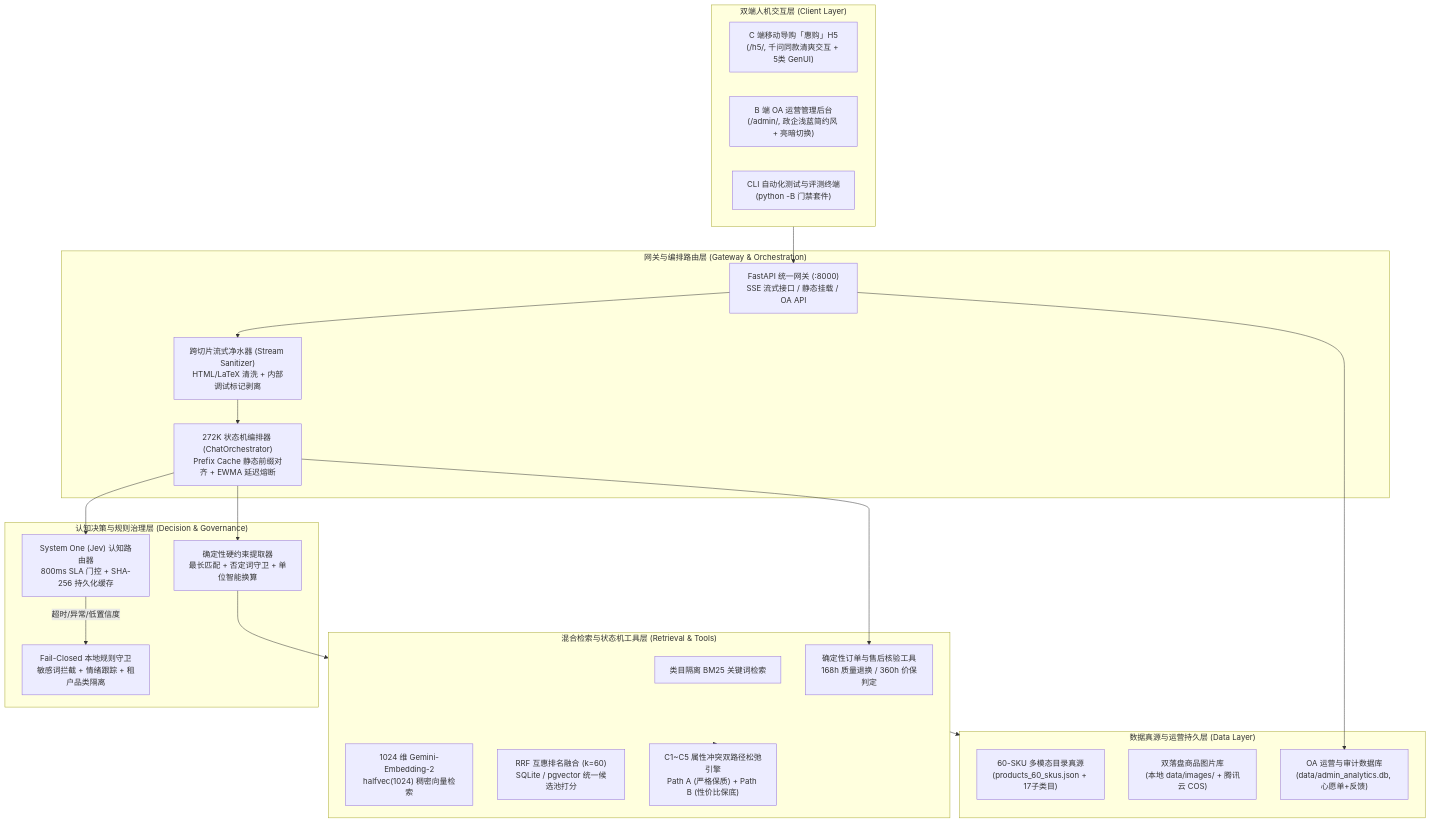
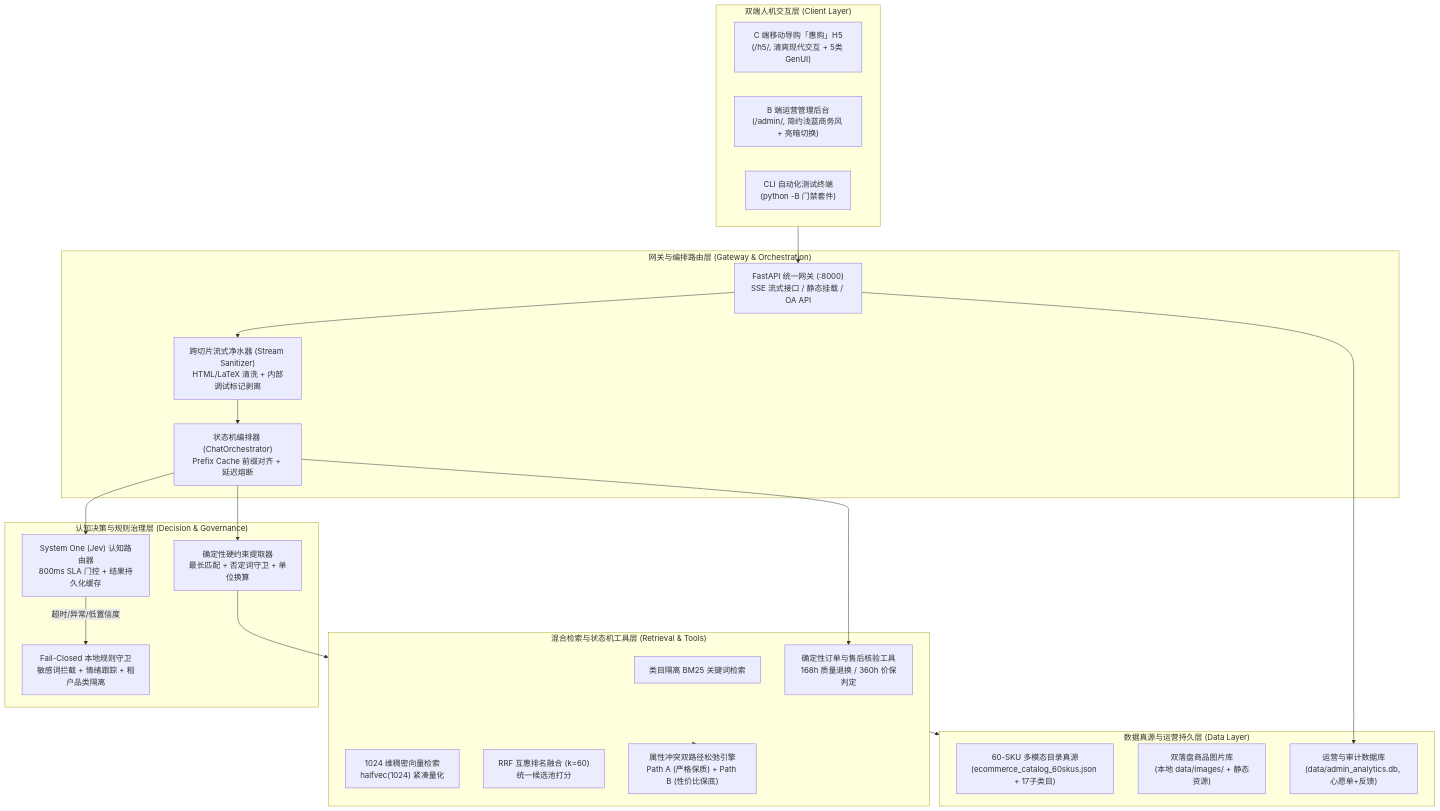
One commit to greatleo31/ai-sales-assistant changed the diagram in README.md. Above: the diagram before and after it, drawn with Mermaid. The commit also changed other lines of this file, not shown here.

````diff
--- a/README.md
+++ b/README.md
@@ -48,46 +79,46 @@
 ```mermaid
 flowchart TD
     subgraph ClientLayer ["双端人机交互层 (Client Layer)"]
-        C_H5["C 端移动导购「惠购」H5<br>(/h5/, 千问同款清爽交互 + 5类 GenUI)"]
-        B_Admin["B 端 OA 运营管理后台<br>(/admin/, 政企浅蓝简约风 + 亮暗切换)"]
-        CLI["CLI 自动化测试与评测终端<br>(python -B 门禁套件)"]
+        C_H5["C 端移动导购「惠购」H5<br>(/h5/, 清爽现代交互 + 5类 GenUI)"]
+        B_Admin["B 端运营管理后台<br>(/admin/, 简约浅蓝商务风 + 亮暗切换)"]
+        CLI["CLI 自动化测试终端<br>(python -B 门禁套件)"]
     end
 
     subgraph GatewayLayer ["网关与编排路由层 (Gateway & Orchestration)"]
         FastAPI["FastAPI 统一网关 (:8000)<br>SSE 流式接口 / 静态挂载 / OA API"]
         Sanitizer["跨切片流式净水器 (Stream Sanitizer)<br>HTML/LaTeX 清洗 + 内部调试标记剥离"]
-        Orchestrator["272K 状态机编排器 (ChatOrchestrator)<br>Prefix Cache 静态前缀对齐 + EWMA 延迟熔断"]
+        Orchestrator["状态机编排器 (ChatOrchestrator)<br>Prefix Cache 前缀对齐 + 延迟熔断"]
     end
 
     subgraph DecisionLayer ["认知决策与规则治理层 (Decision & Governance)"]
-        JevRouter["System One (Jev) 认知路由器<br>800ms SLA 门控 + SHA-256 持久化缓存"]
+        JevRouter["System One (Jev) 认知路由器<br>800ms SLA 门控 + 结果持久化缓存"]
         FailClosed["Fail-Closed 本地规则守卫<br>敏感词拦截 + 情绪跟踪 + 租户品类隔离"]
-        ConstraintEx["确定性硬约束提取器<br>最长匹配 + 否定词守卫 + 单位智能换算"]
+        ConstraintEx["确定性硬约束提取器<br>最长匹配 + 否定词守卫 + 单位换算"]
     end
 
     subgraph RetrievalLayer ["混合检索与状态机工具层 (Retrieval & Tools)"]
         BM25["类目隔离 BM25 关键词检索"]
-        VectorRetriever["1024 维 Gemini-Embedding-2<br>halfvec(1024) 稠密向量检索"]
-        RRF["RRF 互惠排名融合 (k=60)<br>SQLite / pgvector 统一候选池打分"]
-        RelaxationEngine["C1~C5 属性冲突双路径松弛引擎<br>Path A (严格保质) + Path B (性价比保底)"]
+        VectorRetriever["1024 维稠密向量检索<br>halfvec(1024) 紧凑量化"]
+        RRF["RRF 互惠排名融合 (k=60)<br>统一候选池打分"]
+        RelaxationEngine["属性冲突双路径松弛引擎<br>Path A (严格保质) + Path B (性价比保底)"]
         OrderTools["确定性订单与售后核验工具<br>168h 质量退换 / 360h 价保判定"]
     end
 
     subgraph DataLayer ["数据真源与运营持久层 (Data Layer)"]
-        Catalog["60-SKU 多模态目录真源<br>(products_60_skus.json + 17子类目)"]
-        ImageAssets["双落盘商品图片库<br>(本地 data/images/ + 腾讯云 COS)"]
-        AnalyticsDB["OA 运营与审计数据库<br>(data/admin_analytics.db, 心愿单+反馈)"]
+        Catalog["60-SKU 多模态目录真源<br>(ecommerce_catalog_60skus.json + 17子类目)"]
+        ImageAssets["双落盘商品图片库<br>(本地 data/images/ + 静态资源)"]
+        AnalyticsDB["运营与审计数据库<br>(data/admin_analytics.db, 心愿单+反馈)"]
     end
 
     ClientLayer --> FastAPI
     FastAPI --> Sanitizer
     Sanitizer --> Orchestrator
     Orchestrator --> JevRouter
     JevRouter -- 超时/异常/低置信度 --> FailClosed
     Orchestrator --> ConstraintEx
     ConstraintEx --> RetrievalLayer
     RetrievalLayer --> RelaxationEngine
     Orchestrator --> OrderTools
     RetrievalLayer --> DataLayer
     FastAPI --> AnalyticsDB
 ```
````
